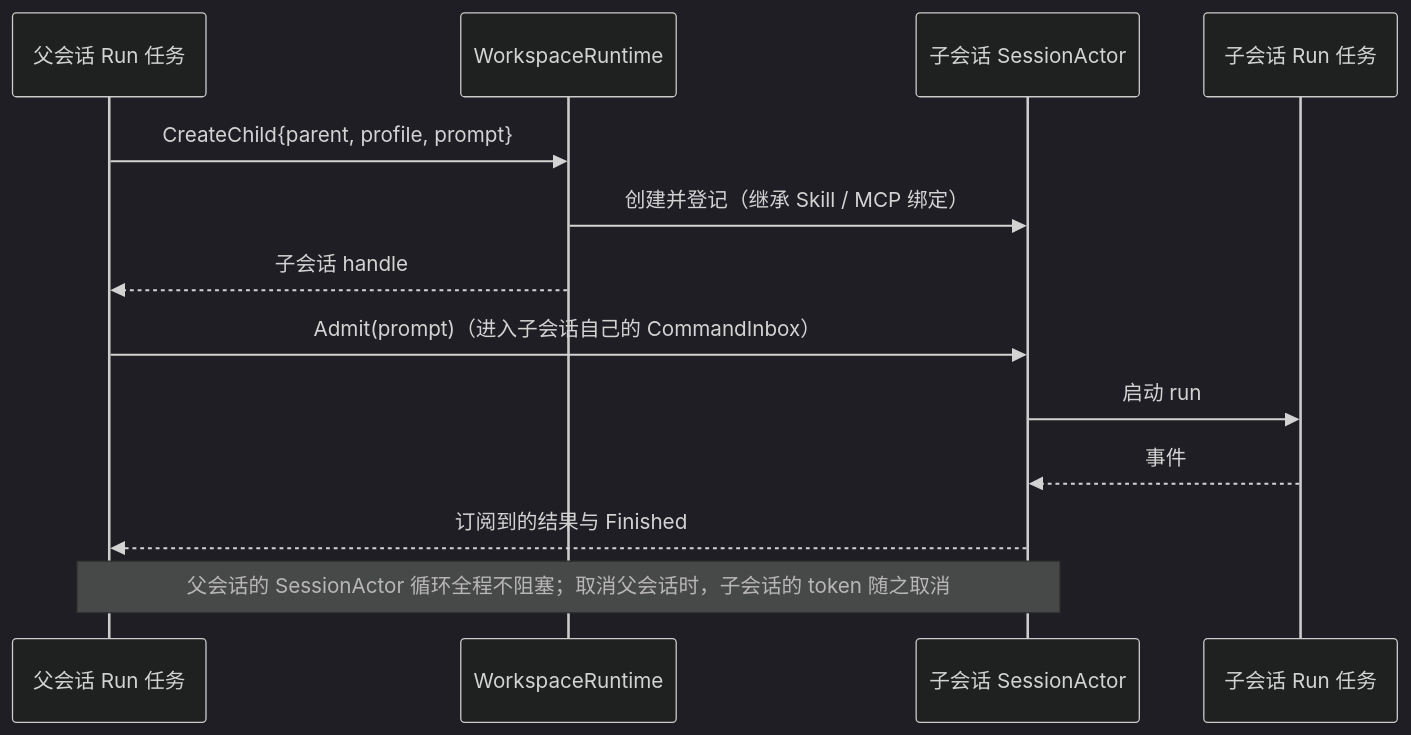
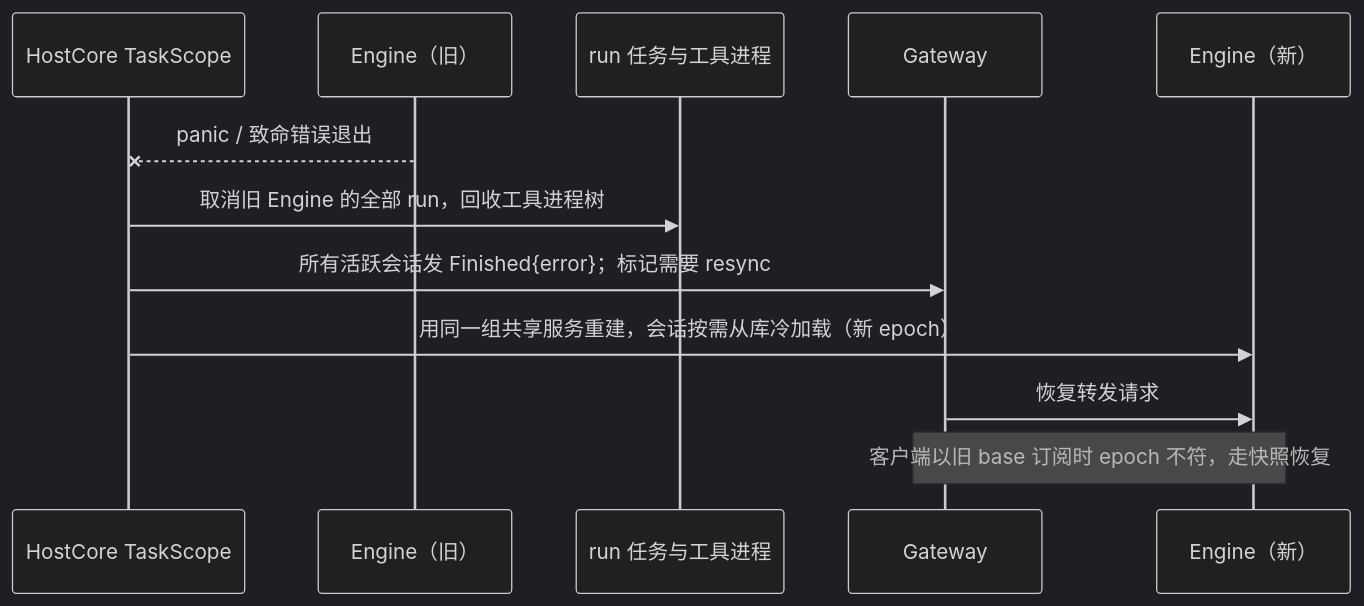
The tenth of 10 diagrams in docs/specs/rust-unified-host.md (Madin-H23/ZCode-rs), drawn with Mermaid (dark theme) before and after one commit. The commit also changed other lines of this file and 1 other file, not shown here.

First line of the commit message:
docs(rust): keep one Engine for all workspaces; add Codex engineering practices

````diff
--- a/docs/specs/rust-unified-host.md
+++ b/docs/specs/rust-unified-host.md
@@ -692,15 +653,14 @@
 ```mermaid
 sequenceDiagram
-    participant PR as 父会话 Run 任务
-    participant WR as WorkspaceRuntime
-    participant CS as 子会话 SessionActor
-    participant CR as 子会话 Run 任务
-    PR->>WR: CreateChild{parent, profile, prompt}
-    WR->>CS: 创建并登记（继承 Skill / MCP 绑定）
-    WR-->>PR: 子会话 handle
-    PR->>CS: Admit(prompt)（进入子会话自己的 CommandInbox）
-    CS->>CR: 启动 run
-    CR-->>CS: 事件
-    CS-->>PR: 订阅到的结果与 Finished
-    Note over PR,CS: 父会话的 SessionActor 循环全程不阻塞；取消父会话时，子会话的 token 随之取消
+    participant TS as HostCore TaskScope
+    participant E as Engine（旧）
+    participant R as run 任务与工具进程
+    participant G as Gateway
+    participant E2 as Engine（新）
+    E--xTS: panic / 致命错误退出
+    TS->>R: 取消旧 Engine 的全部 run，回收工具进程树
+    TS->>G: 所有活跃会话发 Finished{error}；标记需要 resync
+    TS->>E2: 用同一组共享服务重建，会话按需从库冷加载（新 epoch）
+    G->>E2: 恢复转发请求
+    Note over G,E2: 客户端以旧 base 订阅时 epoch 不符，走快照恢复
 ```
````
